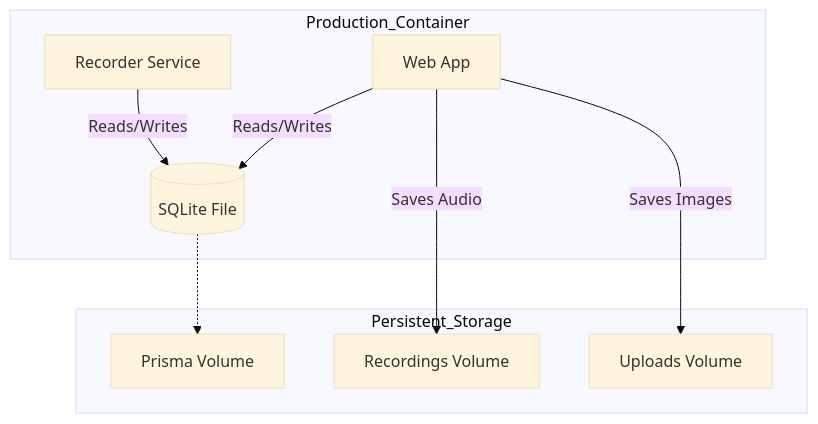
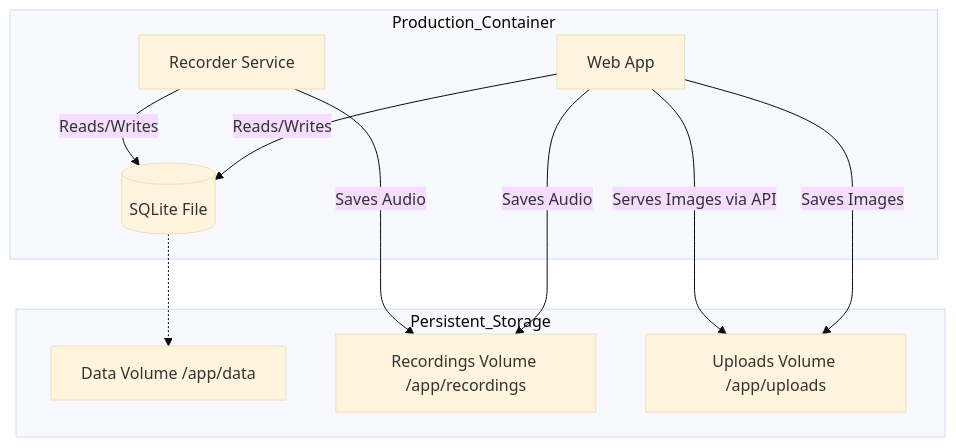
Before and after one commit to Catskill909/radio: the diagram in docs/DEPLOYMENT_GUIDE.md, drawn with Mermaid (base theme). The commit also changed other lines of this file and 1 other file, not shown here.

````diff
--- a/docs/DEPLOYMENT_GUIDE.md
+++ b/docs/DEPLOYMENT_GUIDE.md
@@ -138,21 +140,23 @@
 ```mermaid
 graph TD
     subgraph Production_Container
         A[Web App]
         B[Recorder Service]
         C[(SQLite File)]
     end
     
     A -- Reads/Writes --> C
     B -- Reads/Writes --> C
     
     subgraph Persistent_Storage
-        D[Prisma Volume]
-        E[Recordings Volume]
-        F[Uploads Volume]
+        D[Data Volume /app/data]
+        E[Recordings Volume /app/recordings]
+        F[Uploads Volume /app/uploads]
     end
     
     C -.-> D
     A -- Saves Audio --> E
+    B -- Saves Audio --> E
     A -- Saves Images --> F
+    A -- Serves Images via API --> F
 ```
````
